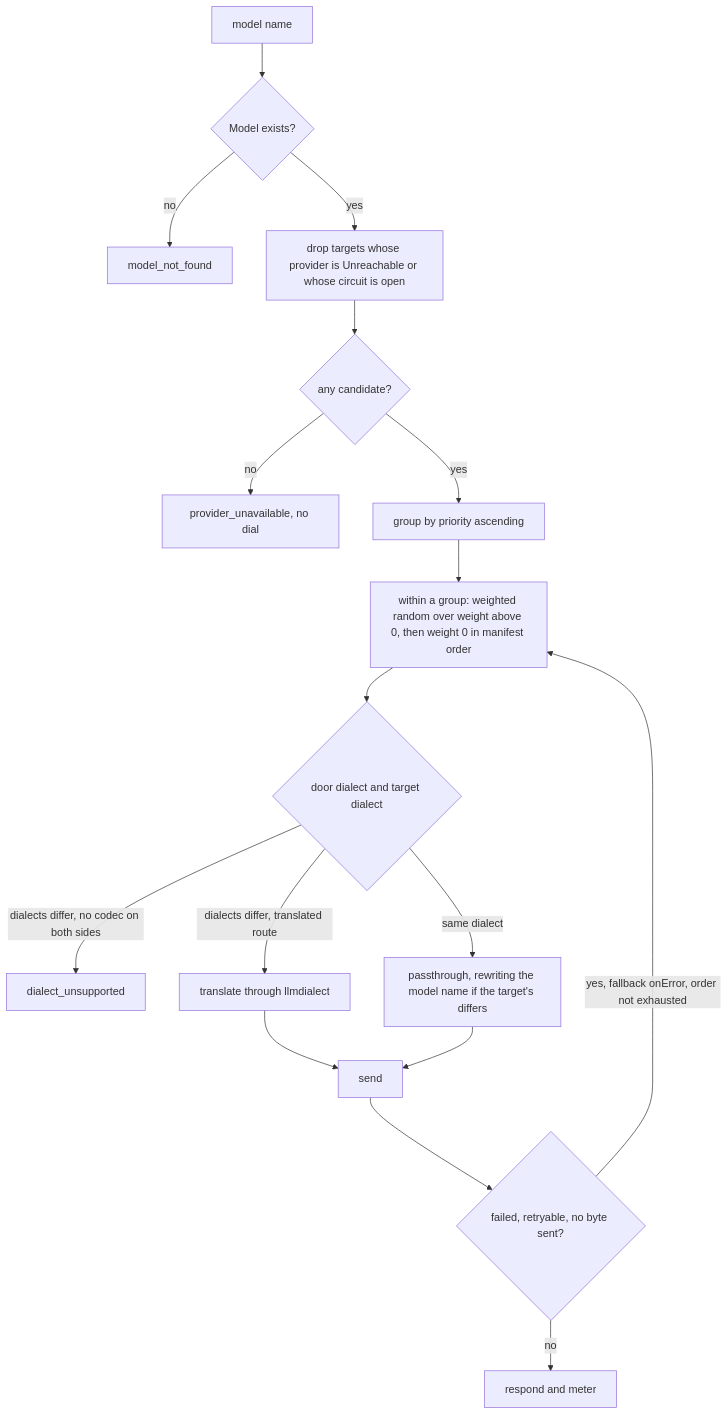
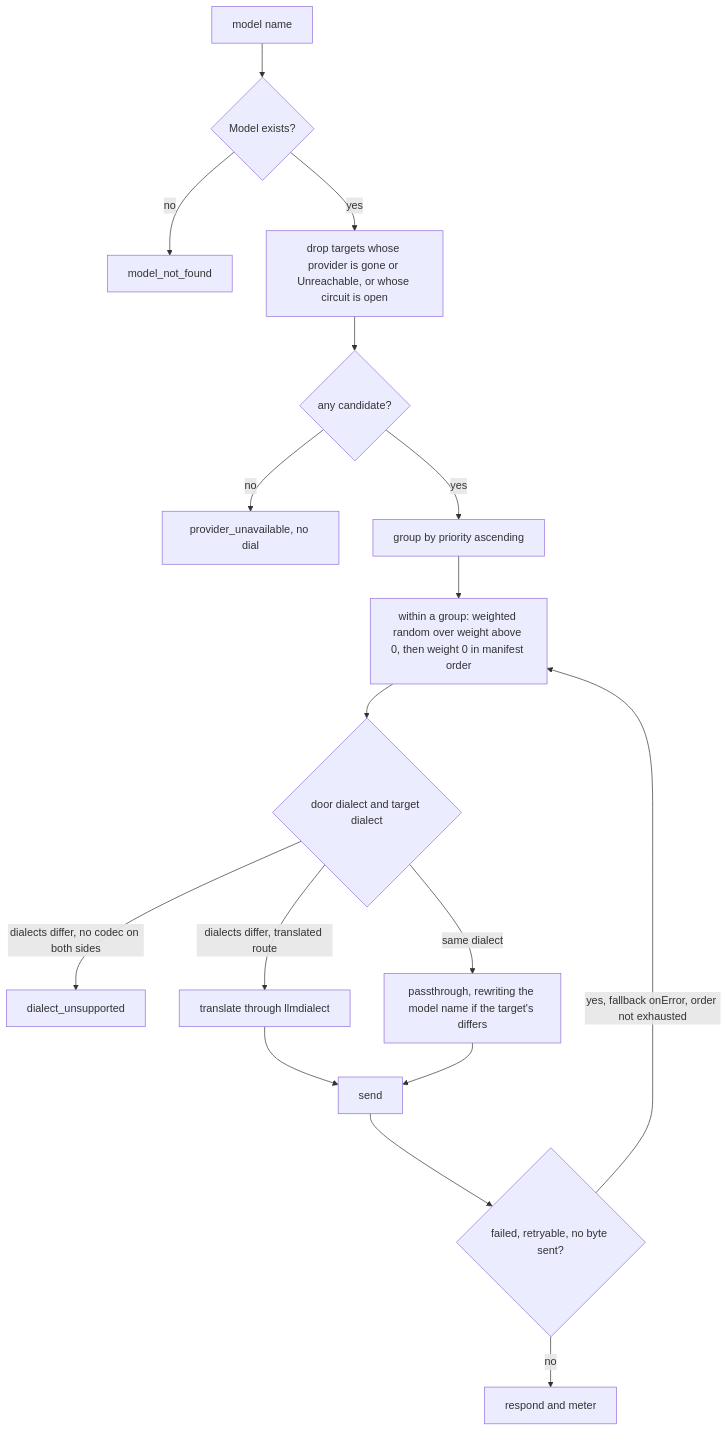
Before and after one commit to latere-ai/lux: the diagram in specs/008-routing-and-models.md, drawn with Mermaid. The commit also changed other lines of this file and 2 other files, not shown here.

````diff
--- a/specs/008-routing-and-models.md
+++ b/specs/008-routing-and-models.md
@@ -80,19 +95,19 @@
 ```mermaid
 flowchart TD
   A[model name] --> B{Model exists?}
   B -- no --> E1[model_not_found]
-  B -- yes --> C[drop targets whose provider is Unreachable or whose circuit is open]
+  B -- yes --> C[drop targets whose provider is gone or Unreachable, or whose circuit is open]
   C --> D{any candidate?}
   D -- no --> E2[provider_unavailable, no dial]
   D -- yes --> F[group by priority ascending]
   F --> G[within a group: weighted random over weight above 0, then weight 0 in manifest order]
   G --> H{door dialect and target dialect}
   H -- dialects differ, no codec on both sides --> E3[dialect_unsupported]
   H -- dialects differ, translated route --> I[translate through llmdialect]
   H -- same dialect --> J[passthrough, rewriting the model name if the target's differs]
   I --> K[send]
   J --> K
   K --> L{failed, retryable, no byte sent?}
   L -- yes, fallback onError, order not exhausted --> G
   L -- no --> M[respond and meter]
 ```
````
